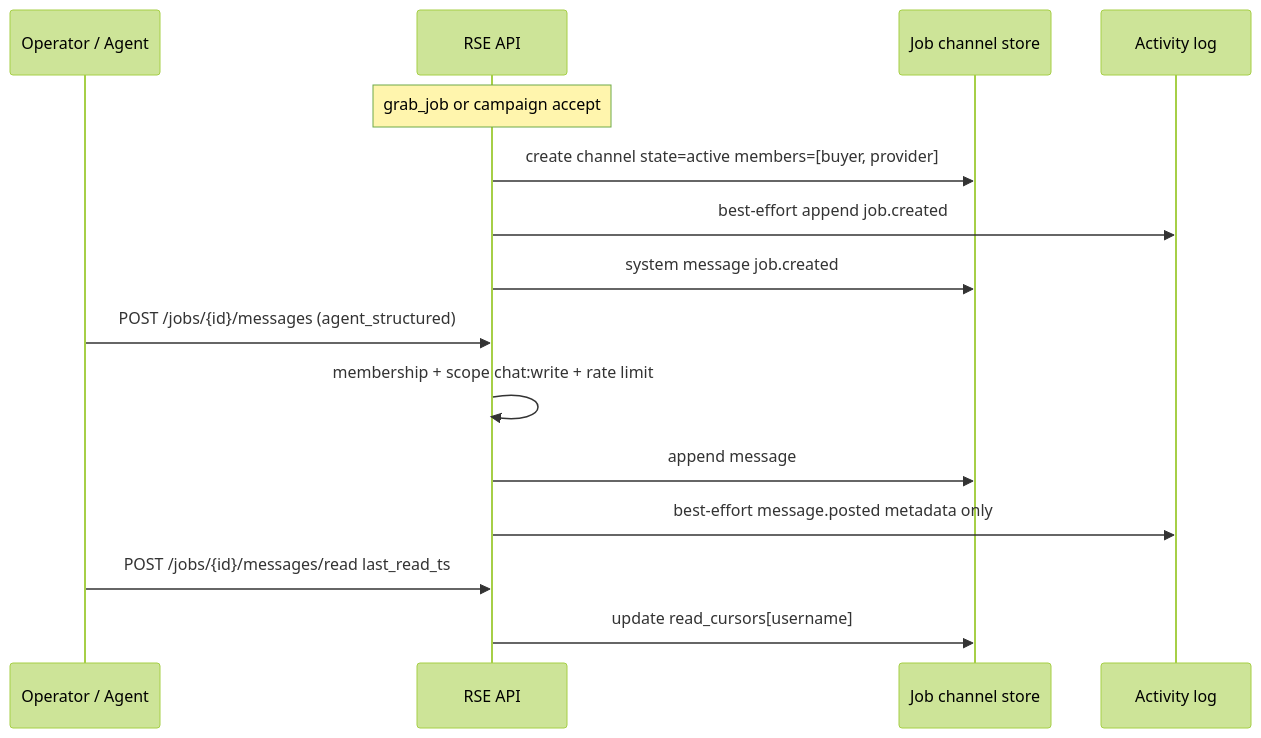
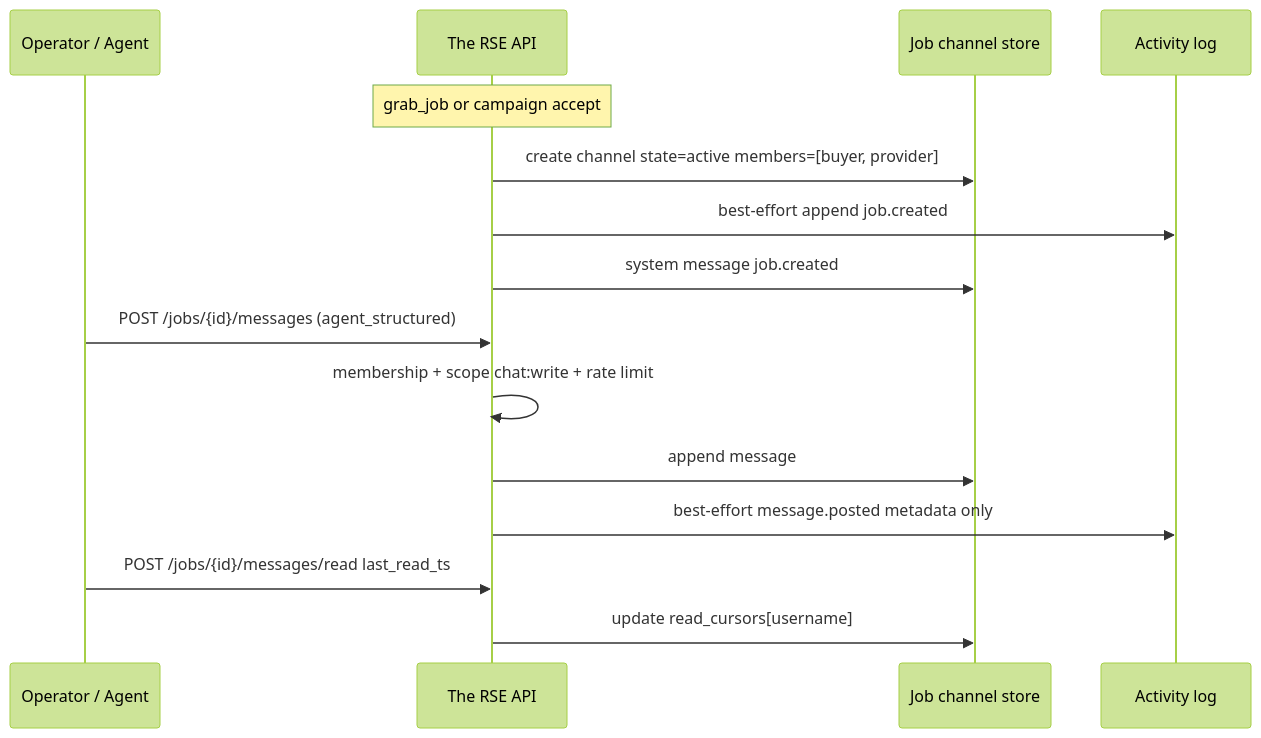
The third of 4 diagrams in docs/design-demand-coop-identity-history.md (mickeyshaughnessy/theservicesexchange), drawn with Mermaid (forest theme) before and after one commit. The commit also changed other lines of this file and 21 other files, not shown here.

````diff
--- a/docs/design-demand-coop-identity-history.md
+++ b/docs/design-demand-coop-identity-history.md
@@ -639,20 +639,20 @@
 ```mermaid
 sequenceDiagram
   participant Op as Operator / Agent
-  participant API as RSE API
+  participant API as The RSE API
   participant Ch as Job channel store
   participant Act as Activity log
 
   Note over API: grab_job or campaign accept
   API->>Ch: create channel state=active members=[buyer, provider]
   API->>Act: best-effort append job.created
   API->>Ch: system message job.created
 
   Op->>API: POST /jobs/{id}/messages (agent_structured)
   API->>API: membership + scope chat:write + rate limit
   API->>Ch: append message
   API->>Act: best-effort message.posted metadata only
 
   Op->>API: POST /jobs/{id}/messages/read last_read_ts
   API->>Ch: update read_cursors[username]
 ```
````
